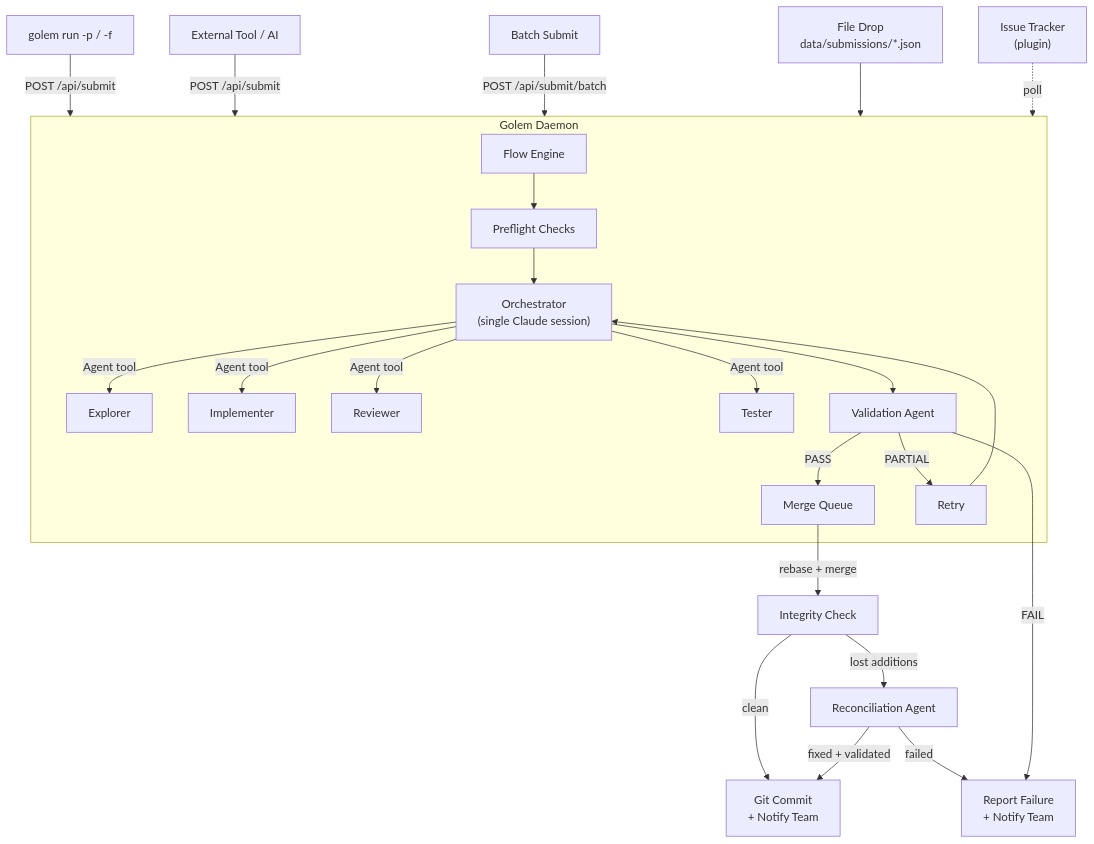
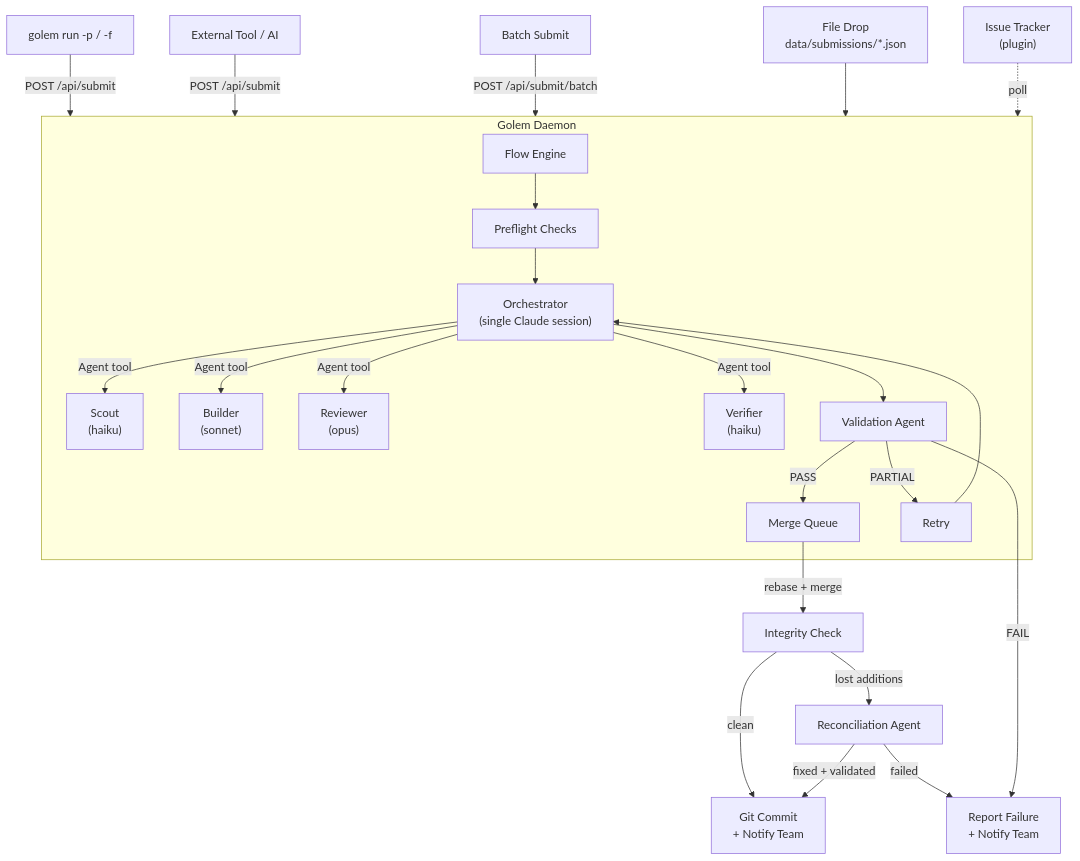
The first of 4 diagrams in README.md (itsmeboris/Golem), drawn with Mermaid before and after one commit. The commit also changed other lines of this file and 1 other file, not shown here.

Commit message:
docs: update README and config example for new agent pipeline
Update architecture diagram to show Scout/Builder/Reviewer/Verifier
roles with model tiers. Fix config table and example to reflect
opus orchestration and sonnet task defaults.

````diff
--- a/README.md
+++ b/README.md
@@ -102,31 +102,31 @@
 ```mermaid
 flowchart TB
     cli["golem run -p / -f"] -- "POST /api/submit" --> daemon
     api["External Tool / AI"] -- "POST /api/submit" --> daemon
     batch["Batch Submit"] -- "POST /api/submit/batch" --> daemon
     drop["File Drop<br/>data/submissions/*.json"] --> daemon
     tracker["Issue Tracker<br/>(plugin)"] -. "poll" .-> daemon
 
     subgraph daemon ["Golem Daemon"]
         flow["Flow Engine"] --> preflight["Preflight Checks"]
         preflight --> orch["Orchestrator<br/>(single Claude session)"]
 
-        orch -- "Agent tool" --> explorer["Explorer"]
-        orch -- "Agent tool" --> implementer["Implementer"]
-        orch -- "Agent tool" --> reviewer["Reviewer"]
-        orch -- "Agent tool" --> tester["Tester"]
+        orch -- "Agent tool" --> scout["Scout<br/>(haiku)"]
+        orch -- "Agent tool" --> builder["Builder<br/>(sonnet)"]
+        orch -- "Agent tool" --> reviewer["Reviewer<br/>(opus)"]
+        orch -- "Agent tool" --> verifier["Verifier<br/>(haiku)"]
 
         orch --> val["Validation Agent"]
 
         val -- PASS --> mq["Merge Queue"]
         val -- PARTIAL --> retry["Retry"]
         retry --> orch
     end
 
     mq -- "rebase + merge" --> verify["Integrity Check"]
     verify -- "clean" --> commit["Git Commit<br/>+ Notify Team"]
     verify -- "lost additions" --> reconcile["Reconciliation Agent"]
     reconcile -- "fixed + validated" --> commit
     reconcile -- "failed" --> report
     val -- FAIL --> report["Report Failure<br/>+ Notify Team"]
 ```
````
